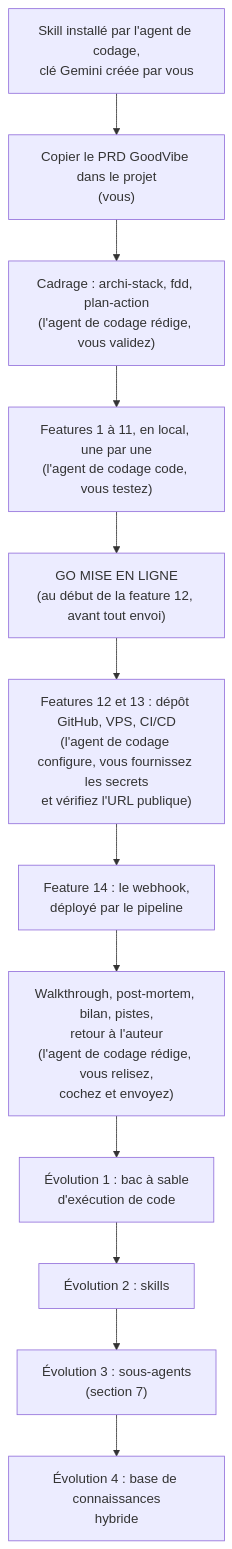
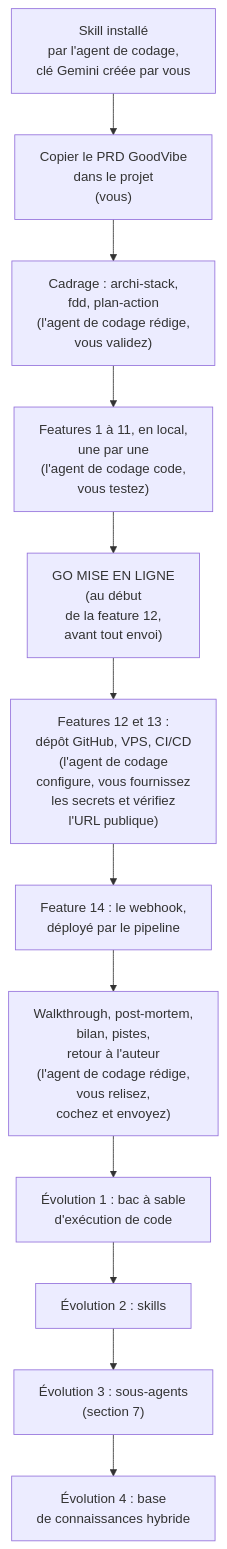
The first of 44 diagrams in tuto-goodvibe-vibecoding.md (lecinquiemejour-code/goodvibe-tuto), drawn with Mermaid before and after one commit. The commit also changed 1 other file, not shown here.

Commit message:
fix(tuto, readme): diagramme « Le parcours », lignes redécoupées pour ne plus être coupées sur GitHub
Dans ces deux diagrammes (README et tuto 1.3), GitHub plafonne la largeur des boîtes :
les lignes de plus d'une trentaine de caractères étaient coupées au bord. Aucune ligne
ne dépasse plus 26 caractères. Aucun mot ne change, seulement les retours à la ligne.
Signalé par Jean-Noël.

````diff
--- a/tuto-goodvibe-vibecoding.md
+++ b/tuto-goodvibe-vibecoding.md
@@ -178,14 +178,14 @@
 ```mermaid
 flowchart TD
-    A["Skill installé par l'agent de codage,<br/>clé Gemini créée par vous"] --> B["Copier le PRD GoodVibe dans le projet<br/>(vous)"]
-    B --> C["Cadrage : archi-stack, fdd, plan-action<br/>(l'agent de codage rédige, vous validez)"]
-    C --> D["Features 1 à 11, en local, une par une<br/>(l'agent de codage code, vous testez)"]
-    D --> F["GO MISE EN LIGNE<br/>(au début de la feature 12, avant tout envoi)"]
-    F --> E["Features 12 et 13 : dépôt GitHub, VPS, CI/CD<br/>(l'agent de codage configure, vous fournissez les secrets<br/>et vérifiez l'URL publique)"]
+    A["Skill installé<br/>par l'agent de codage,<br/>clé Gemini créée par vous"] --> B["Copier le PRD GoodVibe<br/>dans le projet<br/>(vous)"]
+    B --> C["Cadrage : archi-stack,<br/>fdd, plan-action<br/>(l'agent de codage rédige,<br/>vous validez)"]
+    C --> D["Features 1 à 11, en local,<br/>une par une<br/>(l'agent de codage code,<br/>vous testez)"]
+    D --> F["GO MISE EN LIGNE<br/>(au début<br/>de la feature 12,<br/>avant tout envoi)"]
+    F --> E["Features 12 et 13 :<br/>dépôt GitHub, VPS, CI/CD<br/>(l'agent de codage<br/>configure, vous fournissez<br/>les secrets et vérifiez<br/>l'URL publique)"]
     E --> F2["Feature 14 : le webhook,<br/>déployé par le pipeline"]
-    F2 --> G["Walkthrough, post-mortem, bilan, pistes,<br/>retour à l'auteur<br/>(l'agent de codage rédige, vous relisez,<br/>cochez et envoyez)"]
+    F2 --> G["Walkthrough, post-mortem,<br/>bilan, pistes,<br/>retour à l'auteur<br/>(l'agent de codage rédige,<br/>vous relisez,<br/>cochez et envoyez)"]
     G --> H1["Évolution 1 : bac à sable<br/>d'exécution de code"]
     H1 --> H2["Évolution 2 : skills"]
     H2 --> H3["Évolution 3 : sous-agents<br/>(section 7)"]
-    H3 --> H4["Évolution 4 : base de connaissances<br/>hybride"]
+    H3 --> H4["Évolution 4 : base<br/>de connaissances hybride"]
 ```
````
